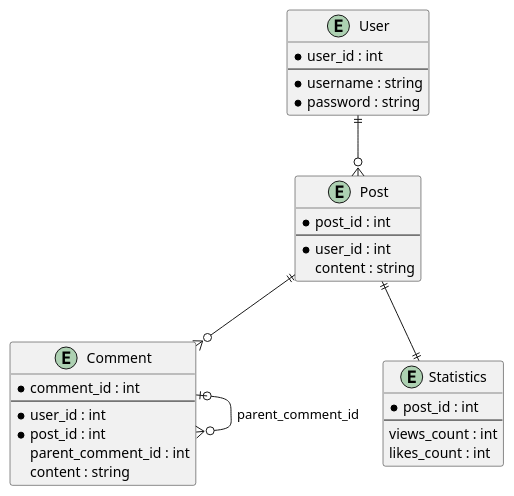
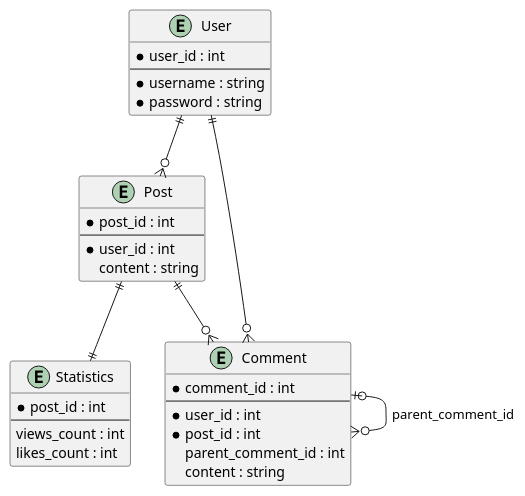
The diagram in doc/entities.puml (amekhtieva/social-network), drawn with PlantUML before and after one commit. The commit also changed 1 other file, not shown here.

Commit message:
Fix entity diagram

```diff
--- a/doc/entities.puml
+++ b/doc/entities.puml
@@ -1,36 +1,37 @@
 @startuml
 entity "User" as user {
   *user_id : int
   ---
   *username : string
   *password : string
 }
 
 entity "Post" as post {
   *post_id : int
   ---
   *user_id : int
   content : string
 }
 
 entity "Comment" as comment {
   *comment_id : int
   ---
   *user_id : int
   *post_id : int
   parent_comment_id : int
   content : string
 }
 
 entity "Statistics" as stats {
   *post_id : int
   ---
   views_count : int
   likes_count : int
 }
 
 user ||--o{ post
 post ||--o{ comment
 comment |o--o{ comment : parent_comment_id
 post ||--|| stats
+user ||--o{ comment
 @enduml
```
